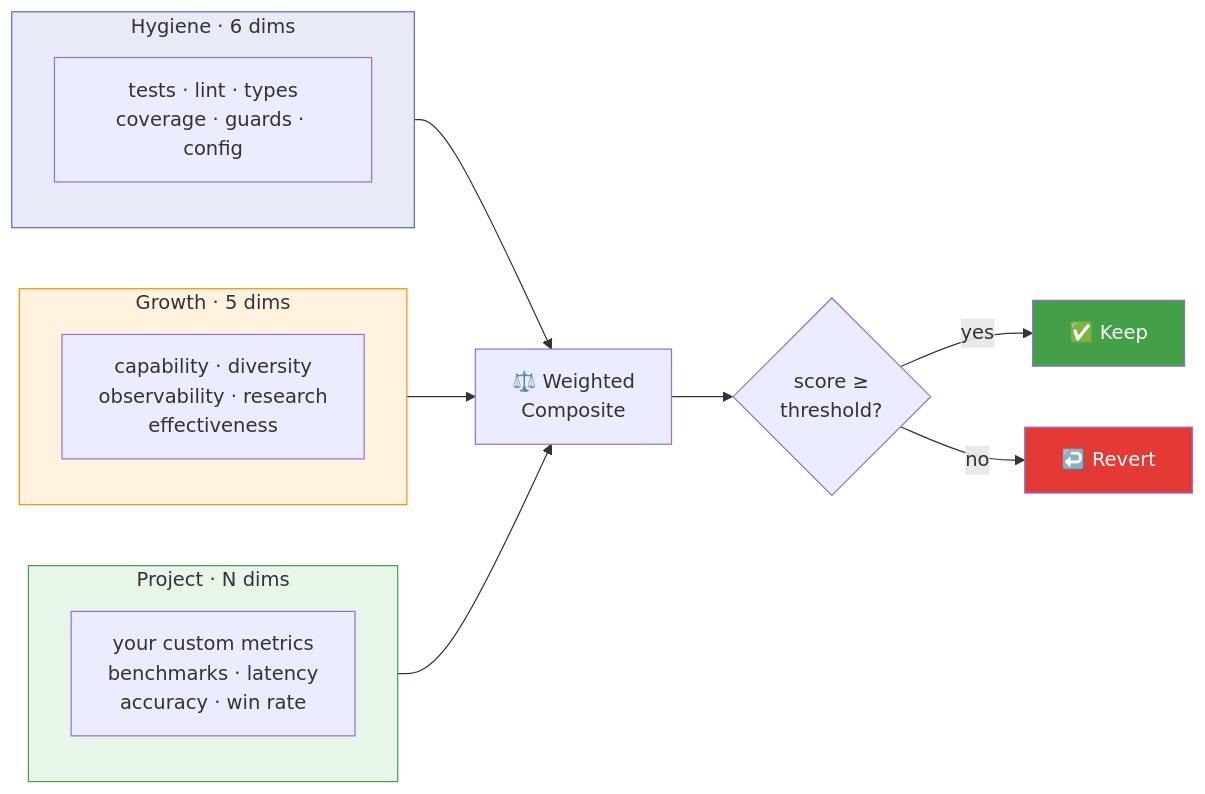
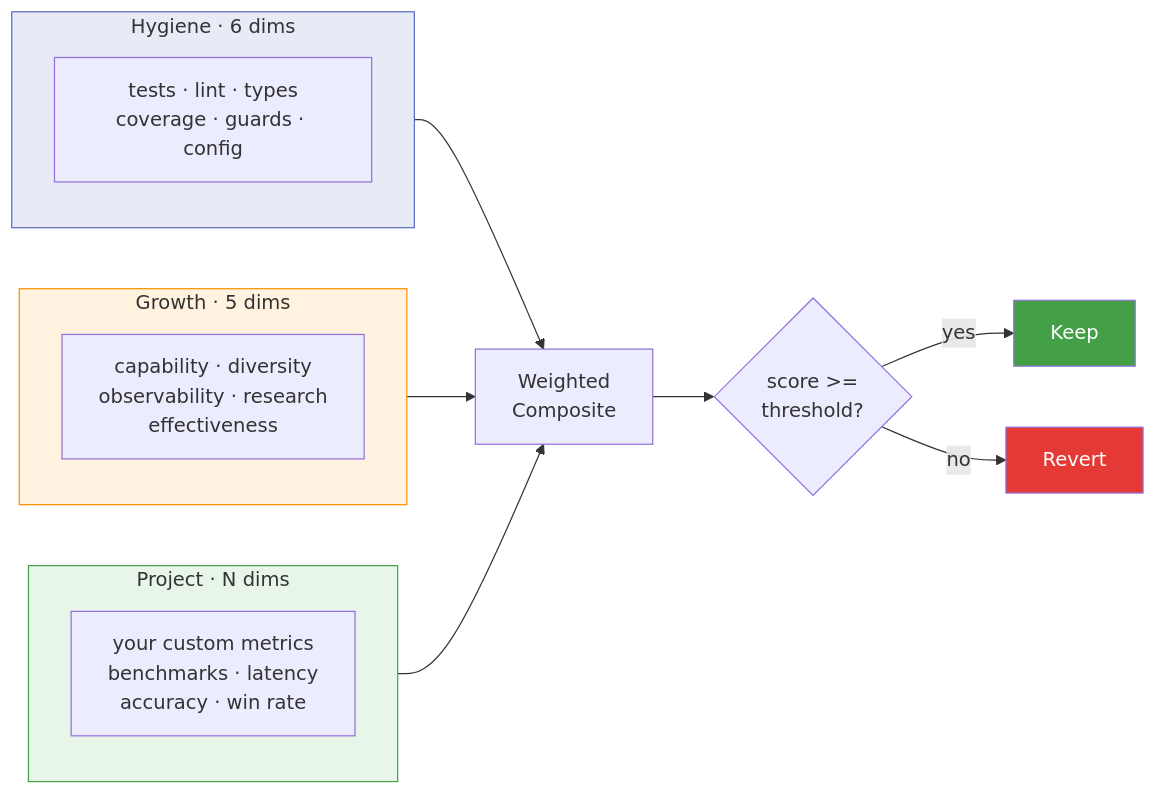
One commit to RobotSail/remote-factory changed the fourth of 4 diagrams in docs/index.md. Above: the diagram before and after it, drawn with Mermaid. The commit also changed other lines of this file, not shown here.

````diff
--- a/docs/index.md
+++ b/docs/index.md
@@ -290,25 +299,25 @@
 ```mermaid
 graph LR
     subgraph hygiene ["Hygiene · 6 dims"]
         H1["tests · lint · types<br>coverage · guards · config"]
     end
     subgraph growth ["Growth · 5 dims"]
         G1["capability · diversity<br>observability · research<br>effectiveness"]
     end
     subgraph project ["Project · N dims"]
         P1["your custom metrics<br>benchmarks · latency<br>accuracy · win rate"]
     end
 
-    hygiene --> M["⚖️ Weighted<br>Composite"]
+    hygiene --> M["Weighted<br>Composite"]
     growth --> M
     project --> M
-    M --> S{"score ≥<br>threshold?"}
-    S -- "yes" --> K["✅ Keep"]
-    S -- "no" --> R["↩️ Revert"]
+    M --> S{"score >=<br>threshold?"}
+    S -- "yes" --> K["Keep"]
+    S -- "no" --> R["Revert"]
 
     style hygiene fill:#e8eaf6,stroke:#5c6bc0
     style growth fill:#fff3e0,stroke:#ff8f00
     style project fill:#e8f5e9,stroke:#43a047
     style K fill:#43a047,color:#fff
     style R fill:#e53935,color:#fff
 ```
````
